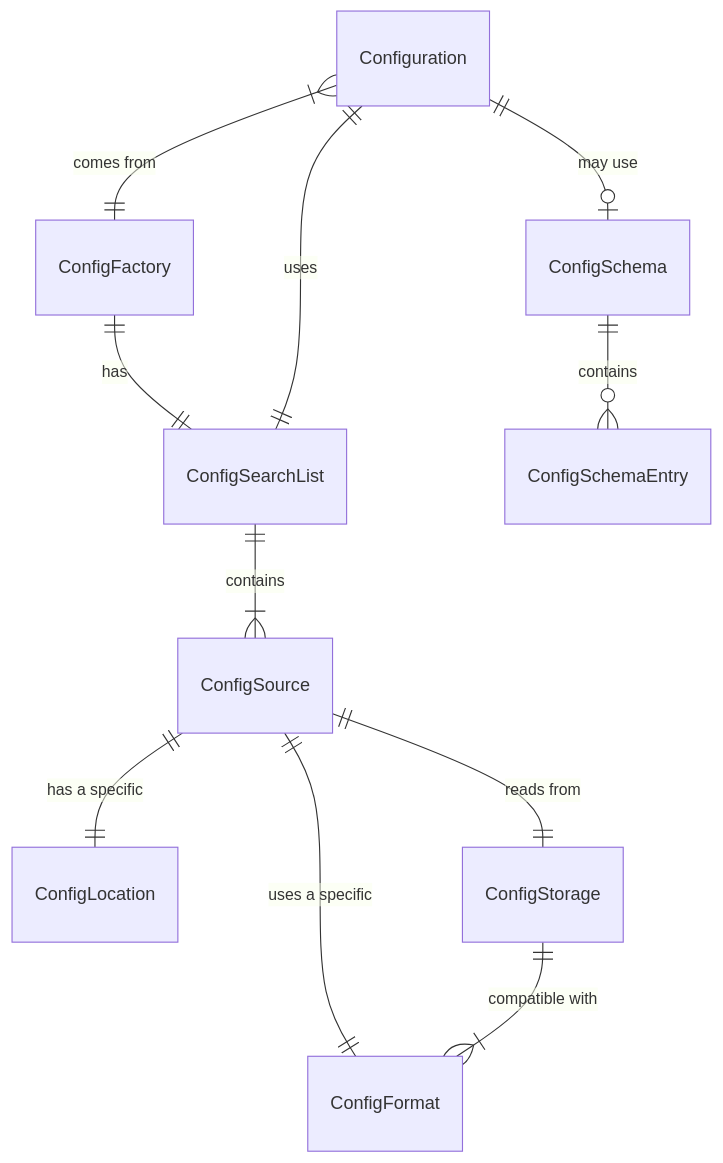
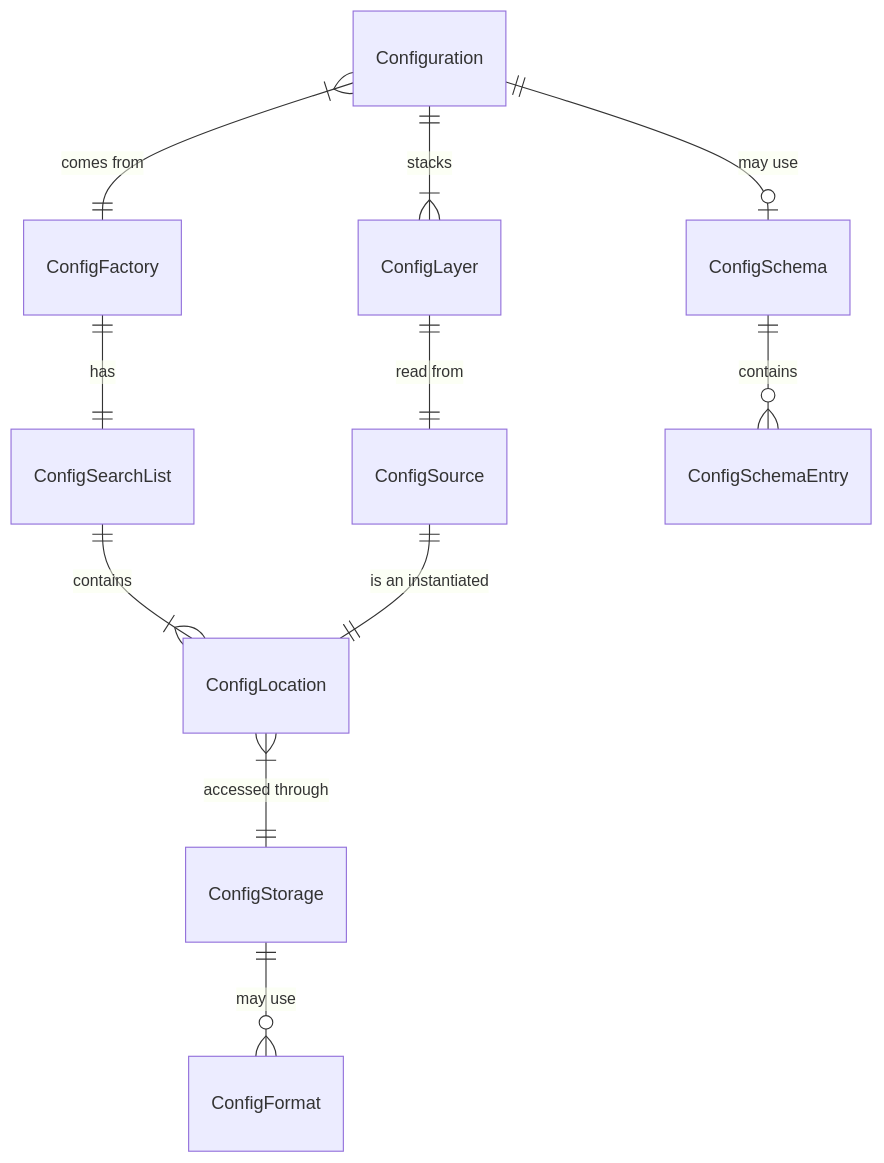
The diagram in documentation/src/site/markdown/21_how_it_works.md (meta-bit/mconfig), drawn with Mermaid before and after one commit. The commit also changed other lines of this file and 402 other files, not shown here.

````diff
--- a/documentation/src/site/markdown/21_how_it_works.md
+++ b/documentation/src/site/markdown/21_how_it_works.md
@@ -240,14 +262,14 @@
 ```mermaid
 erDiagram
     Configuration    }|--|| ConfigFactory : "comes from"
     ConfigFactory    ||--|| ConfigSearchList : has
-    Configuration    ||--|| ConfigSearchList : uses
-    ConfigSearchList ||--|{ ConfigSource : contains
-    ConfigSource     ||--|| ConfigLocation : "has a specific"
-    ConfigSource     ||--|| ConfigStorage : "reads from"
-    ConfigSource     ||--|| ConfigFormat : "uses a specific"
-    ConfigStorage    ||--|{ ConfigFormat : "compatible with"
-    
+    ConfigSearchList ||--|{ ConfigLocation : contains
+    ConfigLocation   }|--|| ConfigStorage : "accessed through"
+    Configuration    ||--|{ ConfigLayer : "stacks"
+    ConfigLayer      ||--|| ConfigSource : "read from"
+    ConfigSource     ||--|| ConfigLocation : "is an instantiated"
+    ConfigStorage    ||--o{ ConfigFormat : "may use"
+
     Configuration    ||--o| ConfigSchema : "may use"
-    ConfigSchema     ||--o{ ConfigSchemaEntry : contains 
+    ConfigSchema     ||--o{ ConfigSchemaEntry : contains
 ```
````
